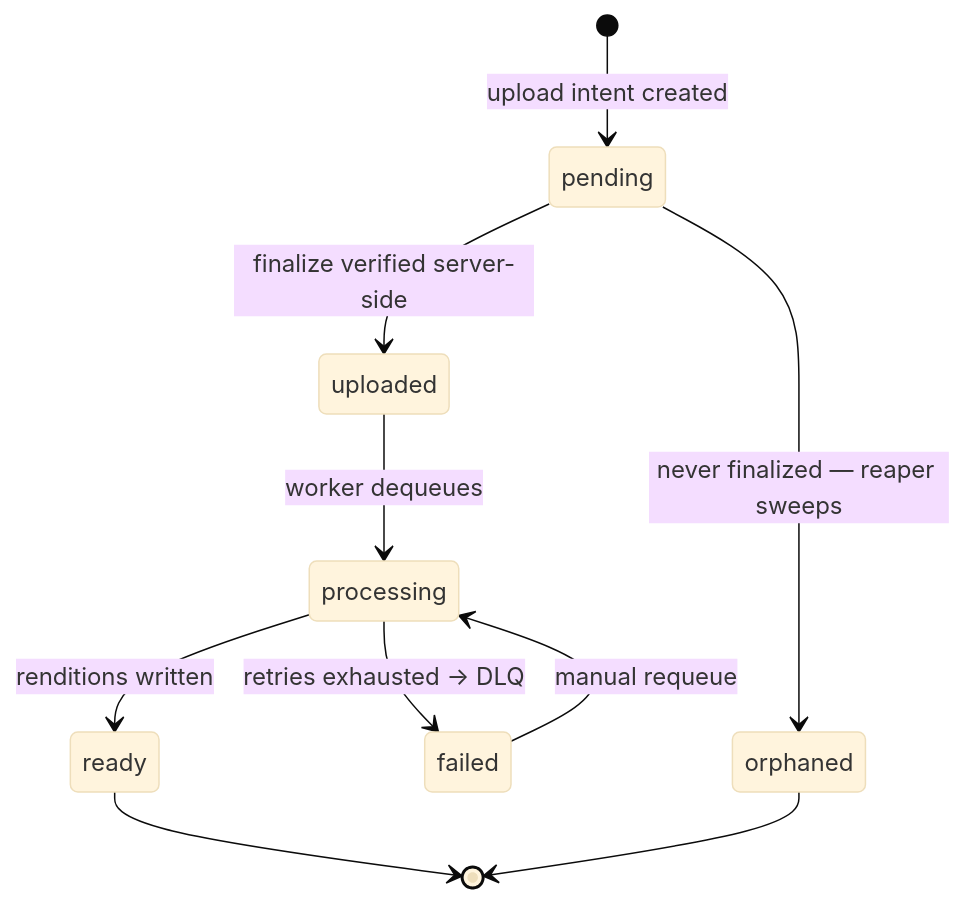
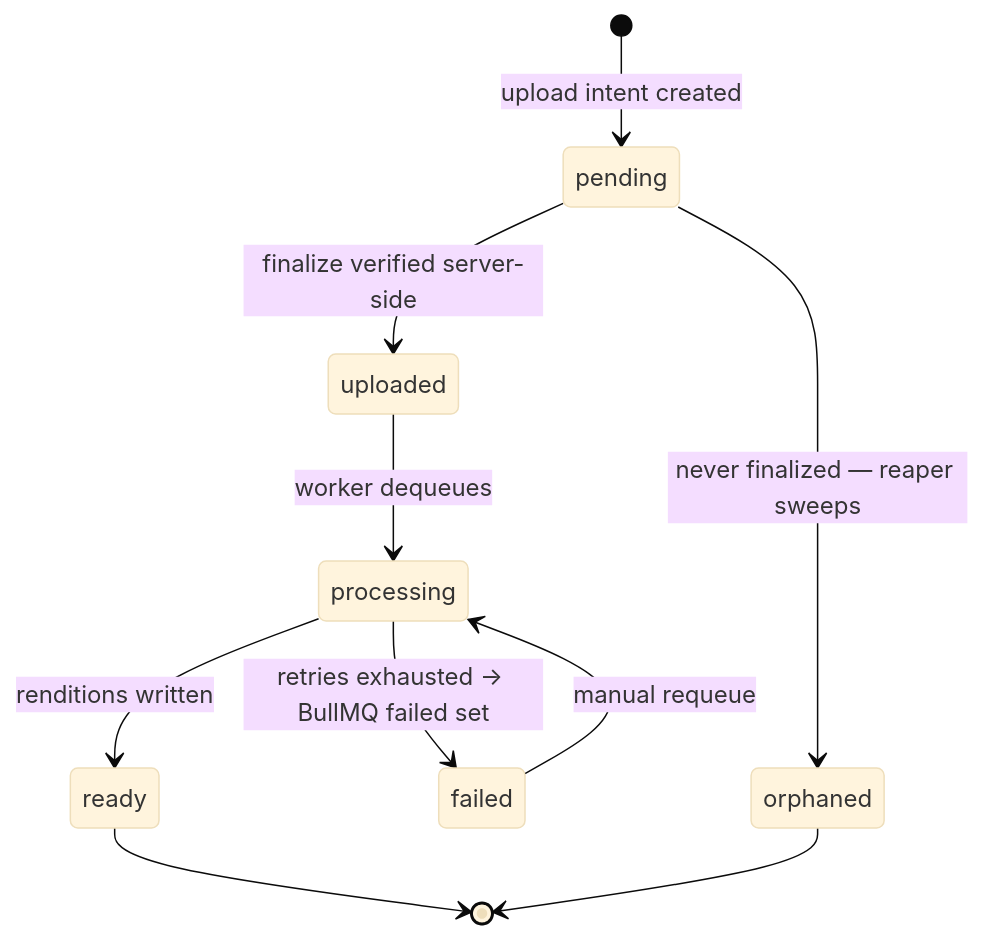
One commit to RaresPetrisor22/pixhaus changed the fifth of 5 diagrams in docs/architecture.md. Above: the diagram before and after it, drawn with Mermaid (base theme). The commit also changed other lines of this file and 2 other files, not shown here.

````diff
--- a/docs/architecture.md
+++ b/docs/architecture.md
@@ -294,12 +302,12 @@
 ```mermaid
 stateDiagram-v2
     [*] --> pending: upload intent created
     pending --> uploaded: finalize verified server-side
     pending --> orphaned: never finalized — reaper sweeps
     uploaded --> processing: worker dequeues
     processing --> ready: renditions written
-    processing --> failed: retries exhausted → DLQ
+    processing --> failed: retries exhausted → BullMQ failed set
     failed --> processing: manual requeue
     ready --> [*]
     orphaned --> [*]
 ```
````
